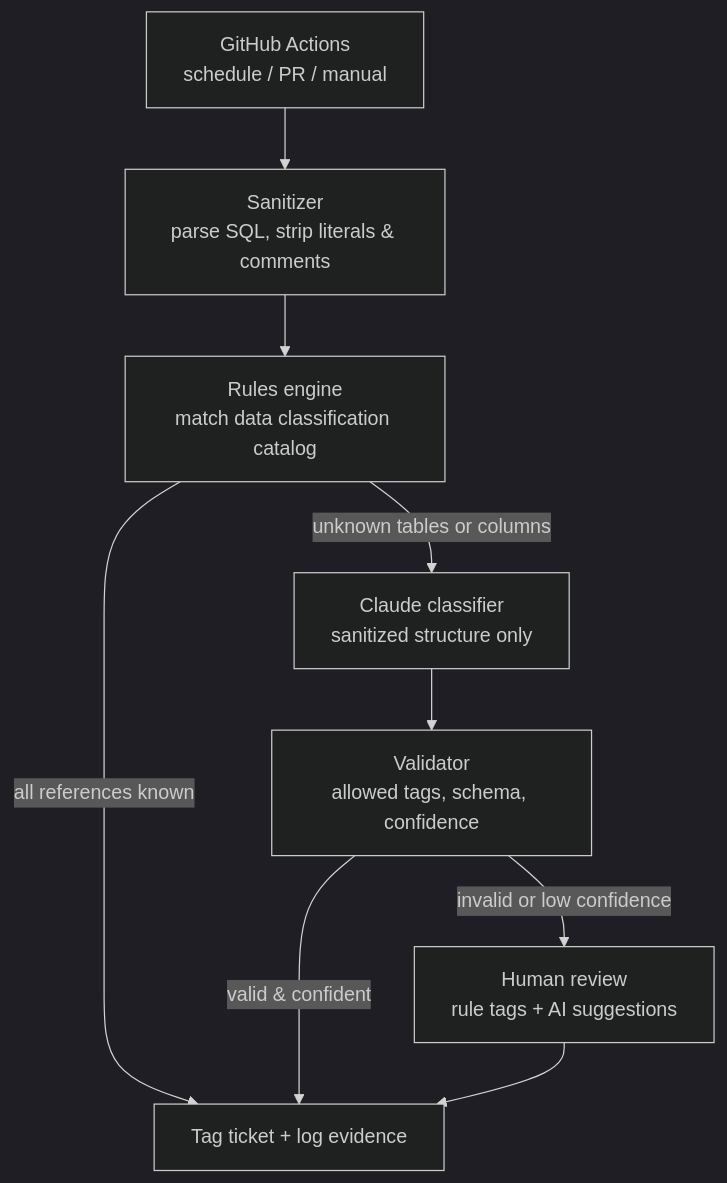
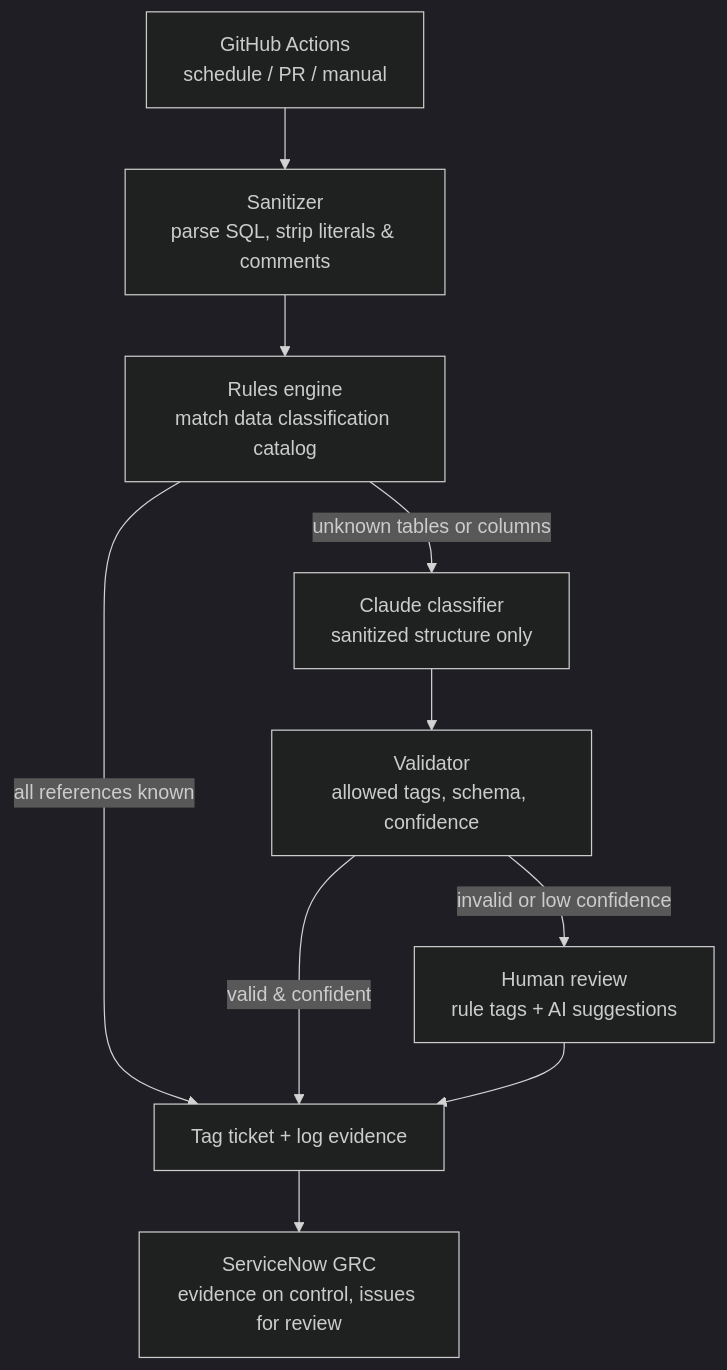
Before and after one commit to SarahSchoonmaker/gdpr-sql-tagger: the diagram in README.md, drawn with Mermaid (dark theme). The commit also changed other lines of this file and 5 other files, not shown here.

First line of the commit message:
Push evidence and review issues to ServiceNow GRC

````diff
--- a/README.md
+++ b/README.md
@@ -13,11 +13,12 @@
 ```mermaid
 flowchart TD
     A[GitHub Actions<br/>schedule / PR / manual] --> B[Sanitizer<br/>parse SQL, strip literals & comments]
     B --> C[Rules engine<br/>match data classification catalog]
     C -->|all references known| F
     C -->|unknown tables or columns| D[Claude classifier<br/>sanitized structure only]
     D --> E[Validator<br/>allowed tags, schema, confidence]
     E -->|valid & confident| F[Tag ticket + log evidence]
     E -->|invalid or low confidence| H[Human review<br/>rule tags + AI suggestions]
     H --> F
+    F --> G[ServiceNow GRC<br/>evidence on control, issues for review]
 ```
````
